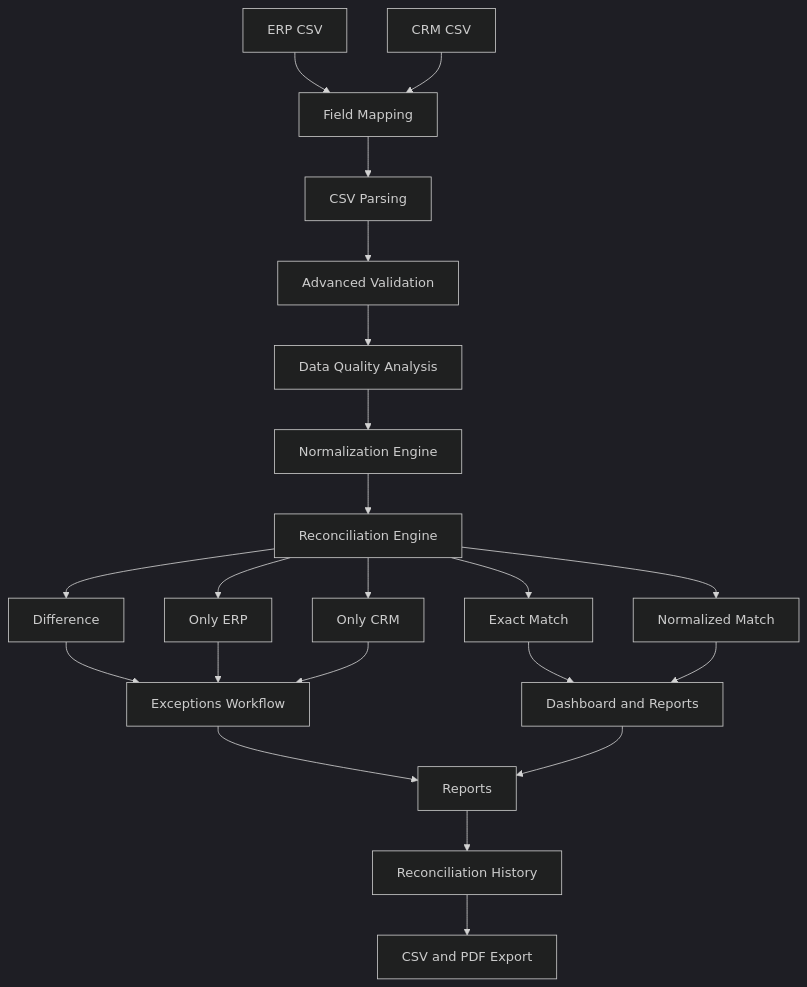
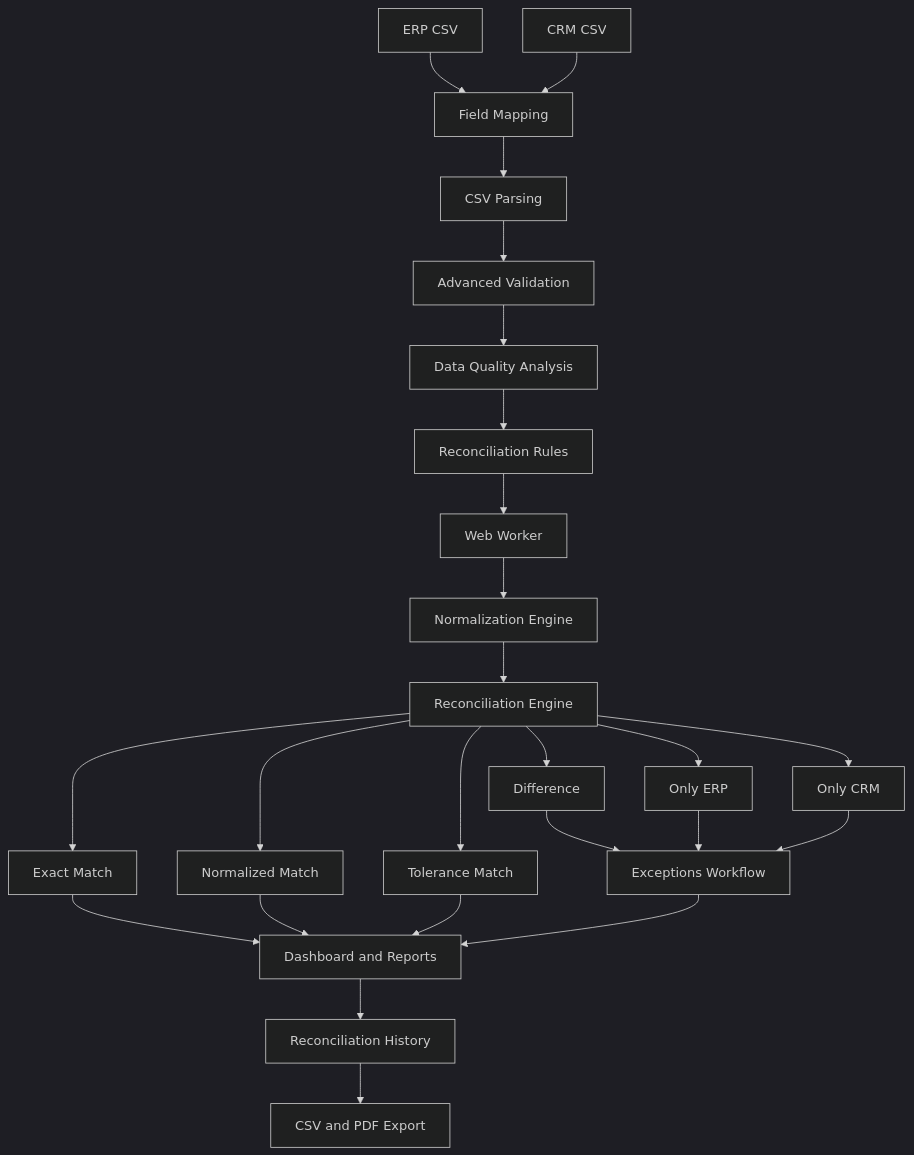
One commit to Osarii/enterprise-data-reconciliation changed the diagram in README.md. Above: the diagram before and after it, drawn with Mermaid (dark theme). The commit also changed other lines of this file, not shown here.

````diff
--- a/README.md
+++ b/README.md
@@ -177,30 +135,35 @@
 ```mermaid
 flowchart TD
     ERP["ERP CSV"] --> MAP["Field Mapping"]
     CRM["CRM CSV"] --> MAP
 
     MAP --> PARSE["CSV Parsing"]
     PARSE --> VALIDATE["Advanced Validation"]
     VALIDATE --> QUALITY["Data Quality Analysis"]
-    QUALITY --> NORMALIZE["Normalization Engine"]
+
+    QUALITY --> RULES["Reconciliation Rules"]
+    RULES --> WORKER["Web Worker"]
+
+    WORKER --> NORMALIZE["Normalization Engine"]
     NORMALIZE --> ENGINE["Reconciliation Engine"]
 
     ENGINE --> EXACT["Exact Match"]
     ENGINE --> NORMALIZED["Normalized Match"]
+    ENGINE --> TOLERANCE["Tolerance Match"]
     ENGINE --> DIFFERENCE["Difference"]
     ENGINE --> ERPONLY["Only ERP"]
     ENGINE --> CRMONLY["Only CRM"]
 
-    EXACT --> DASHBOARD["Dashboard and Reports"]
-    NORMALIZED --> DASHBOARD
+    EXACT --> REPORTS["Dashboard and Reports"]
+    NORMALIZED --> REPORTS
+    TOLERANCE --> REPORTS
 
     DIFFERENCE --> EXCEPTIONS["Exceptions Workflow"]
     ERPONLY --> EXCEPTIONS
     CRMONLY --> EXCEPTIONS
 
-    EXCEPTIONS --> REPORTS["Reports"]
-    DASHBOARD --> REPORTS
+    EXCEPTIONS --> REPORTS
 
     REPORTS --> HISTORY["Reconciliation History"]
     HISTORY --> EXPORT["CSV and PDF Export"]
 ```
````
